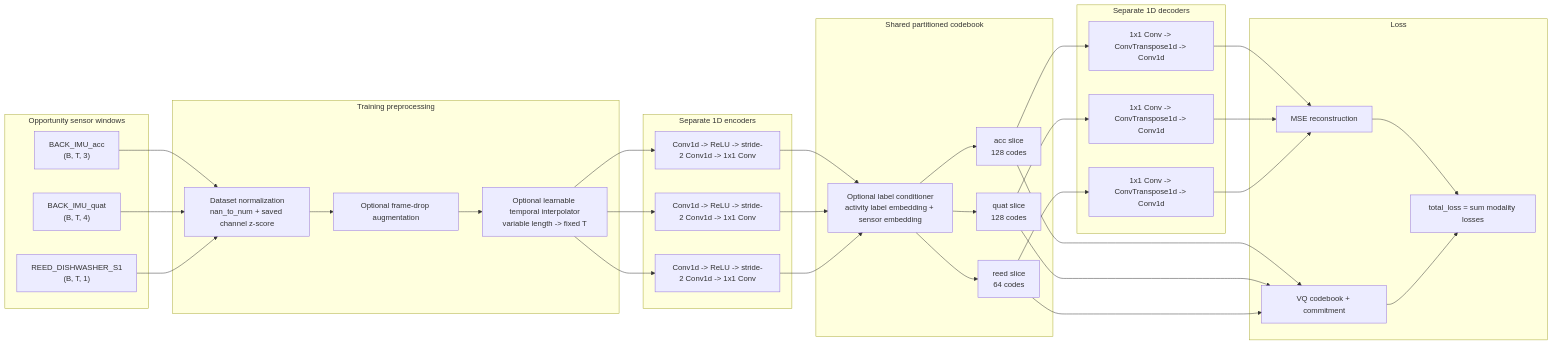
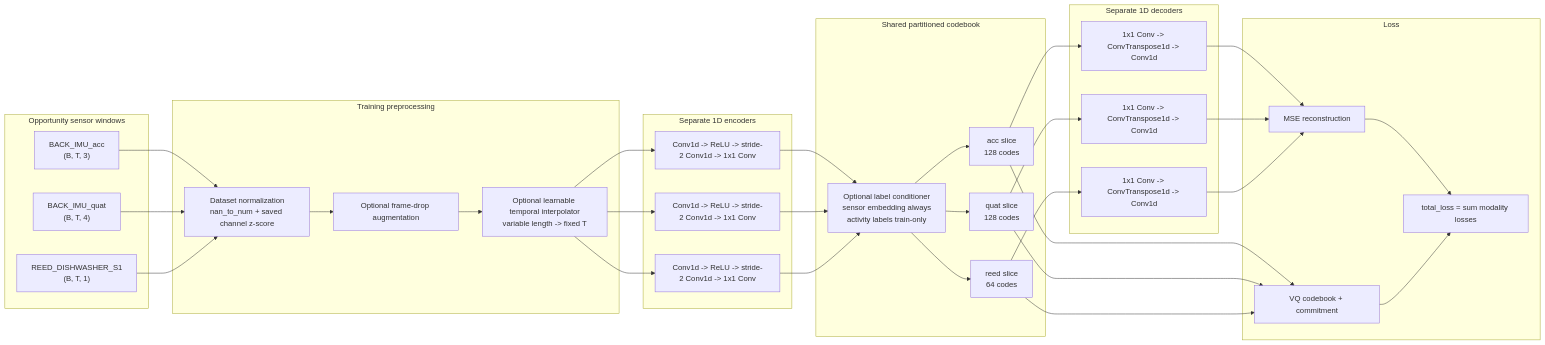
One commit to lalasray/DistriXSense changed the diagram in docs/vqvae_architecture.md. Above: the diagram before and after it, drawn with Mermaid. The commit also changed other lines of this file, not shown here.

````diff
--- a/docs/vqvae_architecture.md
+++ b/docs/vqvae_architecture.md
@@ -5,52 +5,52 @@
 ```mermaid
 flowchart LR
     subgraph Inputs["Opportunity sensor windows"]
         A["BACK_IMU_acc<br/>(B, T, 3)"]
         Q["BACK_IMU_quat<br/>(B, T, 4)"]
         R["REED_DISHWASHER_S1<br/>(B, T, 1)"]
     end
 
     subgraph Prep["Training preprocessing"]
         N["Dataset normalization<br/>nan_to_num + saved channel z-score"]
         D["Optional frame-drop augmentation"]
         I["Optional learnable temporal interpolator<br/>variable length -> fixed T"]
     end
 
     subgraph Encoders["Separate 1D encoders"]
         EA["Conv1d -> ReLU -> stride-2 Conv1d -> 1x1 Conv"]
         EQ["Conv1d -> ReLU -> stride-2 Conv1d -> 1x1 Conv"]
         ER["Conv1d -> ReLU -> stride-2 Conv1d -> 1x1 Conv"]
     end
 
     subgraph Quantizer["Shared partitioned codebook"]
-        L["Optional label conditioner<br/>activity label embedding + sensor embedding"]
+        L["Optional label conditioner<br/>sensor embedding always<br/>activity labels train-only"]
         CA["acc slice<br/>128 codes"]
         CQ["quat slice<br/>128 codes"]
         CR["reed slice<br/>64 codes"]
     end
 
     subgraph Decoders["Separate 1D decoders"]
         DA["1x1 Conv -> ConvTranspose1d -> Conv1d"]
         DQ["1x1 Conv -> ConvTranspose1d -> Conv1d"]
         DR["1x1 Conv -> ConvTranspose1d -> Conv1d"]
     end
 
     subgraph Loss["Loss"]
         LA["MSE reconstruction"]
         LQ["VQ codebook + commitment"]
         LT["total_loss = sum modality losses"]
     end
 
     A --> N
     Q --> N
     R --> N
     N --> D --> I
     I --> EA --> L --> CA --> DA --> LA
     I --> EQ --> L --> CQ --> DQ --> LA
     I --> ER --> L --> CR --> DR --> LA
     CA --> LQ
     CQ --> LQ
     CR --> LQ
     LA --> LT
     LQ --> LT
 ```
````
